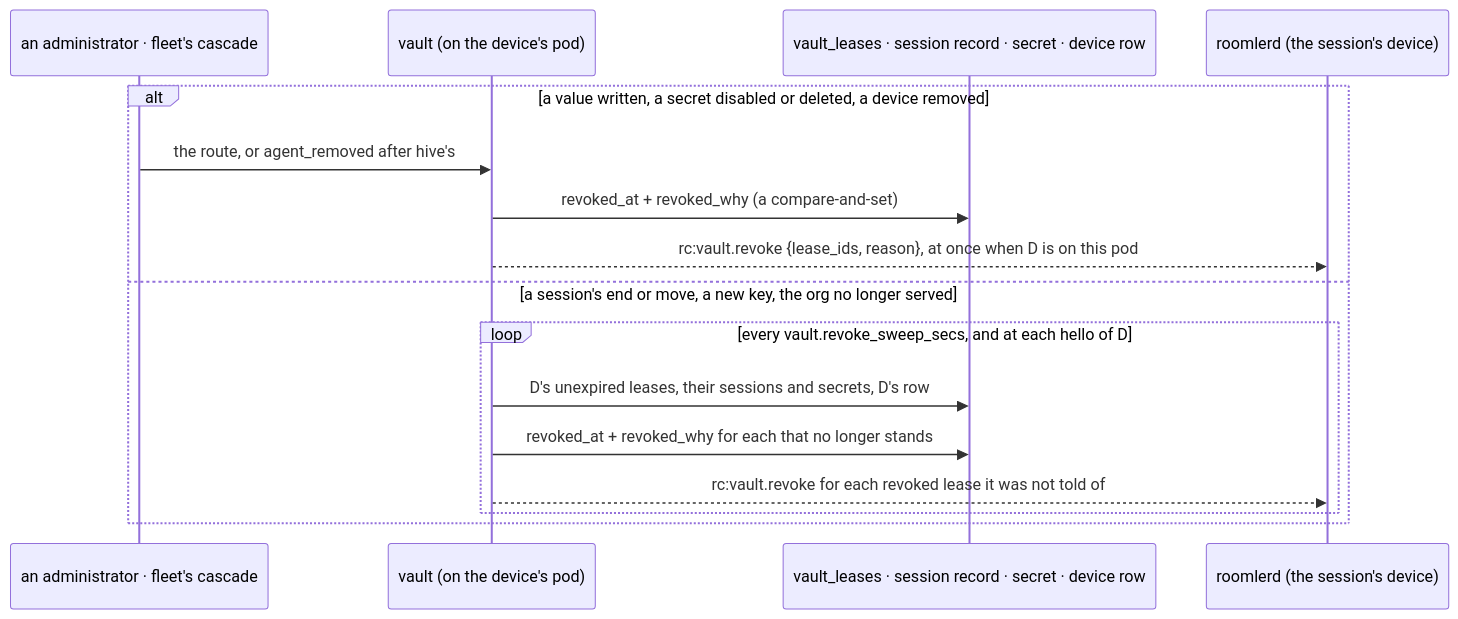
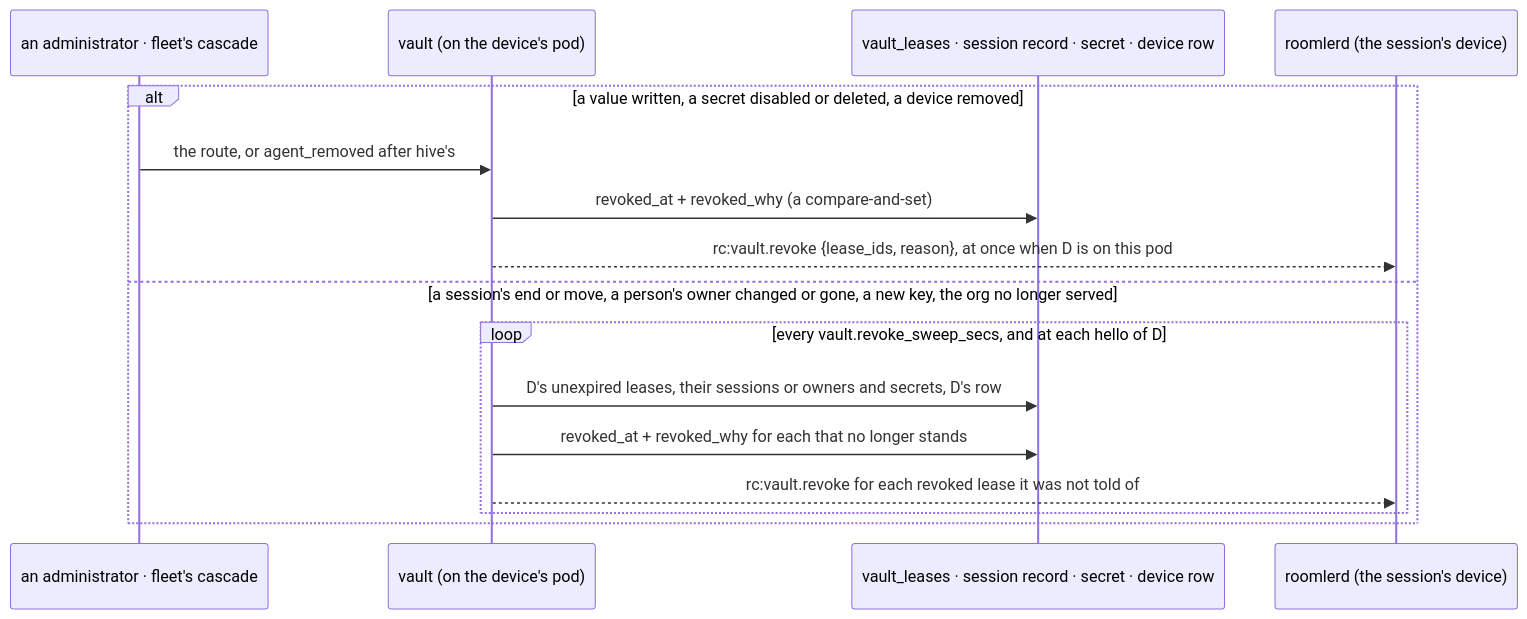
One commit to gjovanov/roomler-ai changed the sixth of 29 diagrams in docs/vault.md. Above: the diagram before and after it, drawn with Mermaid. The commit also changed other lines of this file and 35 other files, not shown here.

````diff
--- a/docs/vault.md
+++ b/docs/vault.md
@@ -624,18 +657,18 @@
 ```mermaid
 sequenceDiagram
     participant A as an administrator · fleet's cascade
     participant V as vault (on the device's pod)
     participant DB as vault_leases · session record · secret · device row
     participant D as roomlerd (the session's device)
     alt a value written, a secret disabled or deleted, a device removed
         A->>V: the route, or agent_removed after hive's
         V->>DB: revoked_at + revoked_why (a compare-and-set)
         V-->>D: rc:vault.revoke {lease_ids, reason}, at once when D is on this pod
-    else a session's end or move, a new key, the org no longer served
+    else a session's end or move, a person's owner changed or gone, a new key, the org no longer served
         loop every vault.revoke_sweep_secs, and at each hello of D
-            V->>DB: D's unexpired leases, their sessions and secrets, D's row
+            V->>DB: D's unexpired leases, their sessions or owners and secrets, D's row
             V->>DB: revoked_at + revoked_why for each that no longer stands
             V-->>D: rc:vault.revoke for each revoked lease it was not told of
         end
     end
 ```
````
